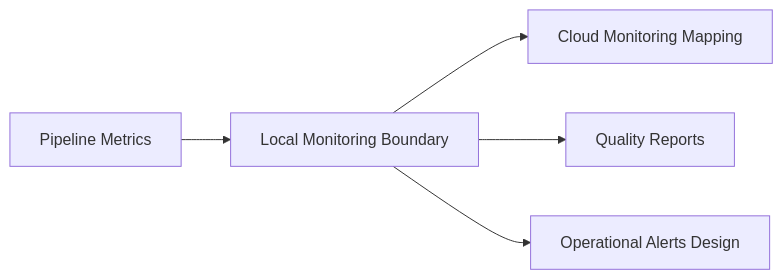
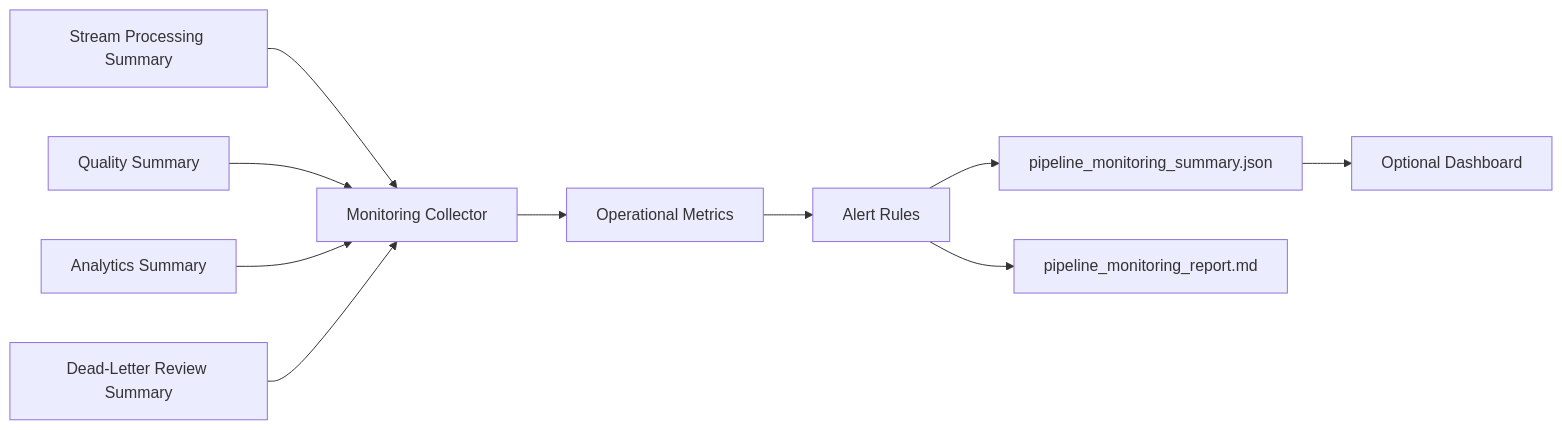
The diagram in diagrams/monitoring_workflow.mmd (Ibraheemolasupogit/gcp-realtime-data-engineering-platform), drawn with Mermaid before and after one commit. The commit also changed 13 other files, not shown here.

```diff
--- a/diagrams/monitoring_workflow.mmd
+++ b/diagrams/monitoring_workflow.mmd
@@ -1,5 +1,10 @@
 flowchart LR
-    A["Pipeline Metrics"] --> B["Local Monitoring Boundary"]
-    B --> C["Cloud Monitoring Mapping"]
-    B --> D["Quality Reports"]
-    B --> E["Operational Alerts Design"]
+    A["Stream Processing Summary"] --> D["Monitoring Collector"]
+    B["Quality Summary"] --> D
+    C["Analytics Summary"] --> D
+    E["Dead-Letter Review Summary"] --> D
+    D --> F["Operational Metrics"]
+    F --> G["Alert Rules"]
+    G --> H["pipeline_monitoring_summary.json"]
+    G --> I["pipeline_monitoring_report.md"]
+    H --> J["Optional Dashboard"]
```
